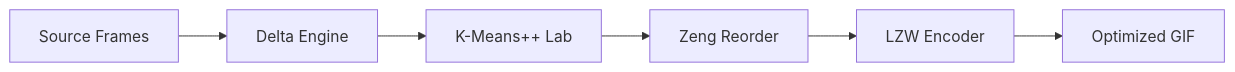
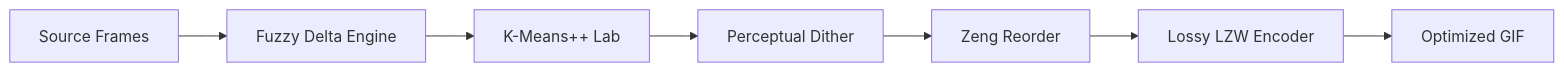
Before and after one commit to ghchinoy/pixie-anim: the diagram in docs/algorithms.md, drawn with Mermaid. The commit also changed other lines of this file and 1 other file, not shown here.

````diff
--- a/docs/algorithms.md
+++ b/docs/algorithms.md
@@ -8,8 +8,9 @@
 ```mermaid
 graph LR
-    Input[Source Frames] --> Delta[Delta Engine]
+    Input[Source Frames] --> Delta[Fuzzy Delta Engine]
     Delta --> Quant[K-Means++ Lab]
-    Quant --> Reorder[Zeng Reorder]
-    Reorder --> LZW[LZW Encoder]
+    Quant --> Dither[Perceptual Dither]
+    Dither --> Reorder[Zeng Reorder]
+    Reorder --> LZW[Lossy LZW Encoder]
     LZW --> Output[Optimized GIF]
 ```
````
